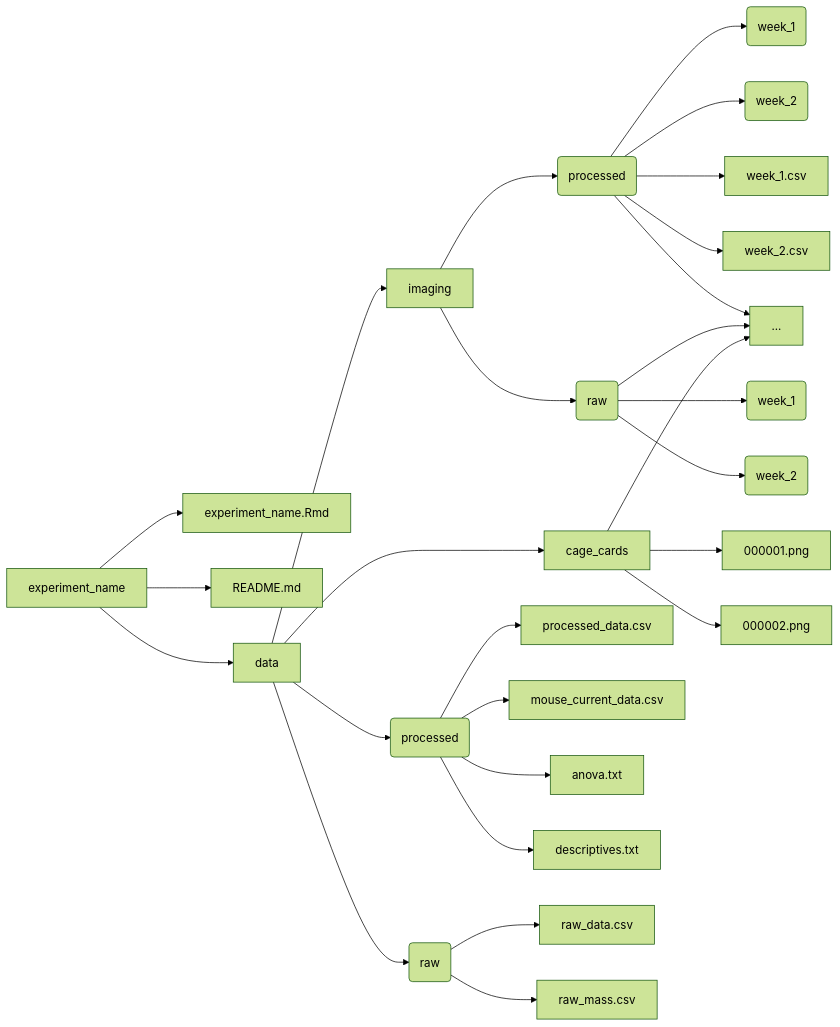
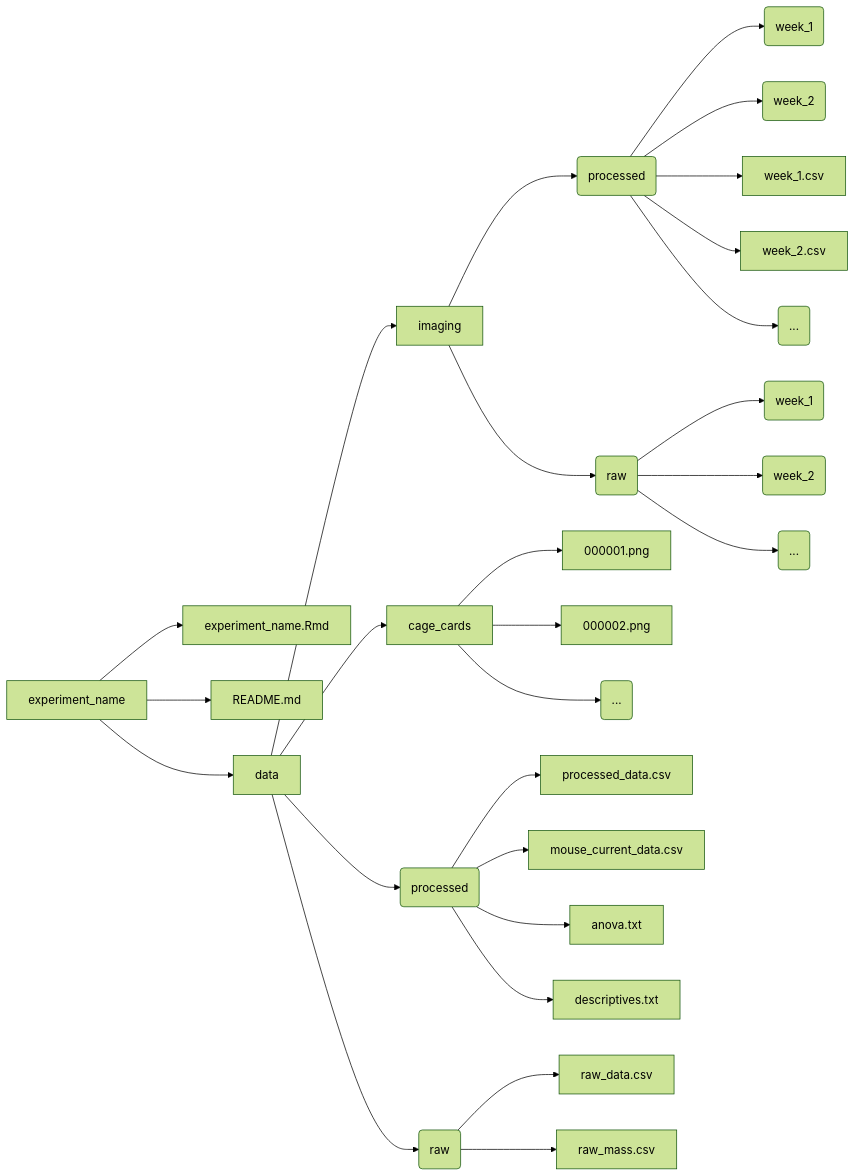
The diagram in README.md (mmccoy-01/bioluminescent_imaging_experimental_template), drawn with Mermaid (forest theme) before and after one commit.

````diff
--- a/README.md
+++ b/README.md
@@ -40,40 +40,40 @@
 ```mermaid
 graph LR
 experiment_name --> experiment_name.Rmd
 experiment_name --> README.md
 experiment_name --> data
 
 data --> imaging
 
 imaging --> G(processed)
 
 G(processed) --> A(week_1)
 G(processed) --> B(week_2)
 G(processed) --> week_1.csv
 G(processed) --> week_2.csv
-G(processed) --> ...
+G(processed) --> I(...)
 
 imaging --> E(raw)
 
 E(raw) --> C(week_1)
 E(raw) --> D(week_2)
-E(raw) --> ...
+E(raw) --> J(...)
 
 data --> cage_cards
 
 cage_cards --> 000001.png
 cage_cards --> 000002.png
-cage_cards --> ...
+cage_cards --> K(...)
 
 data --> H(processed)
 
 H(processed) --> processed_data.csv
 H(processed) --> mouse_current_data.csv
 H(processed) --> anova.txt
 H(processed) --> descriptives.txt
 
 data --> F(raw)
 
 F(raw) --> raw_data.csv
 F(raw) --> raw_mass.csv
 ```
````
